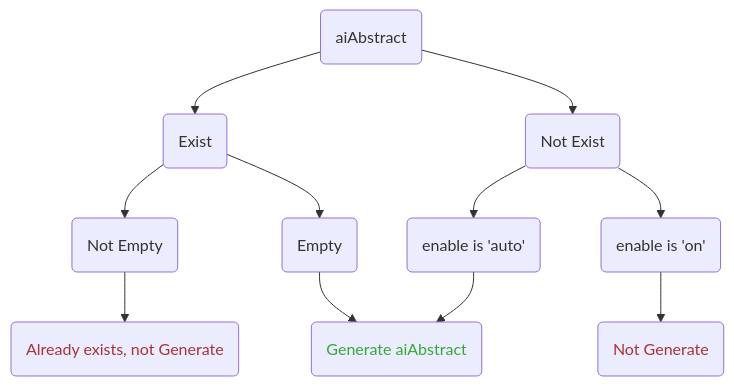
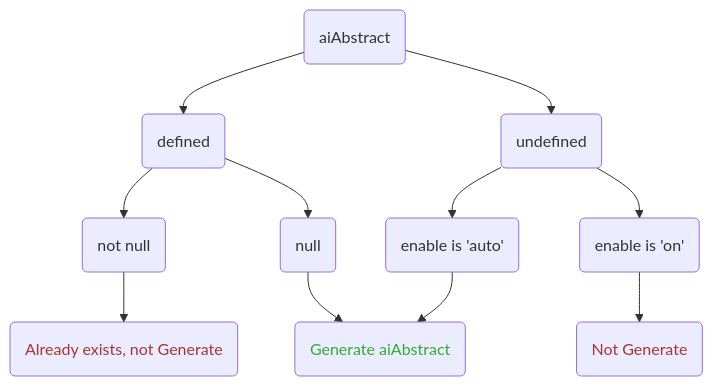
Before and after one commit to jankiny/hexo-ai-abstract: the diagram in README.md, drawn with Mermaid. The commit also changed other lines of this file and 1 other file, not shown here.

````diff
--- a/README.md
+++ b/README.md
@@ -73,25 +80,25 @@
 ```mermaid
   graph TD;
-      A(aiAbstract)-->B1(Exist);
-      A-->B2(Not Exist);
+      A(aiAbstract)-->B1(defined);
+      A-->B2(undefined);
       
-      B1-->C1(Not Empty);
-      B1-->C2(Empty);
+      B1-->C1(not null);
+      B1-->C2(null);
 
       C1-->Z1;
       C2-->Z0;
 
       B2-->D1(enable is 'auto');
       B2-->D2(enable is 'on');
 
       D1-->Z0;
       D2-->Z2;
 
       Z0(Generate aiAbstract);
       style Z0 color:#33aa33
       Z1(Already exists, not Generate);
       style Z1 color:#aa3333
       Z2(Not Generate);
       style Z2 color:#aa3333
 
 ```
````
